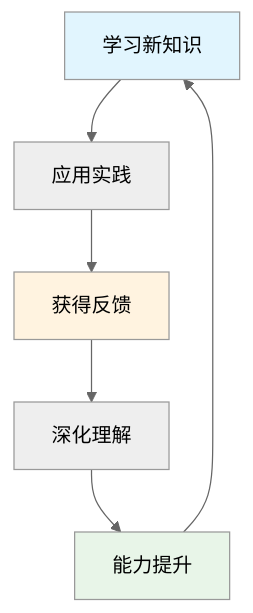
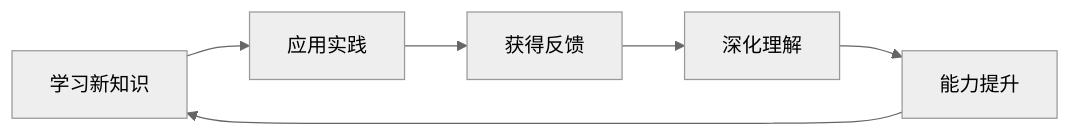
The second of 46 diagrams in _posts/2025-11-08-book-01-feynman-approach.md (fangkun119/tech-page), drawn with Mermaid (neutral theme) before and after one commit. The commit also changed other lines of this file and 1 other file, not shown here.

Commit message:
feat: adjust diagram

````diff
--- a/_posts/2025-11-08-book-01-feynman-approach.md
+++ b/_posts/2025-11-08-book-01-feynman-approach.md
@@ -256,12 +252,8 @@
 ```mermaid
-graph TD
+graph LR
     A[学习新知识] --> B[应用实践]
     B --> C[获得反馈]
     C --> D[深化理解]
     D --> E[能力提升]
     E --> A
-
-    style A fill:#e1f5fe
-    style C fill:#fff3e0
-    style E fill:#e8f5e8
 ```
````
